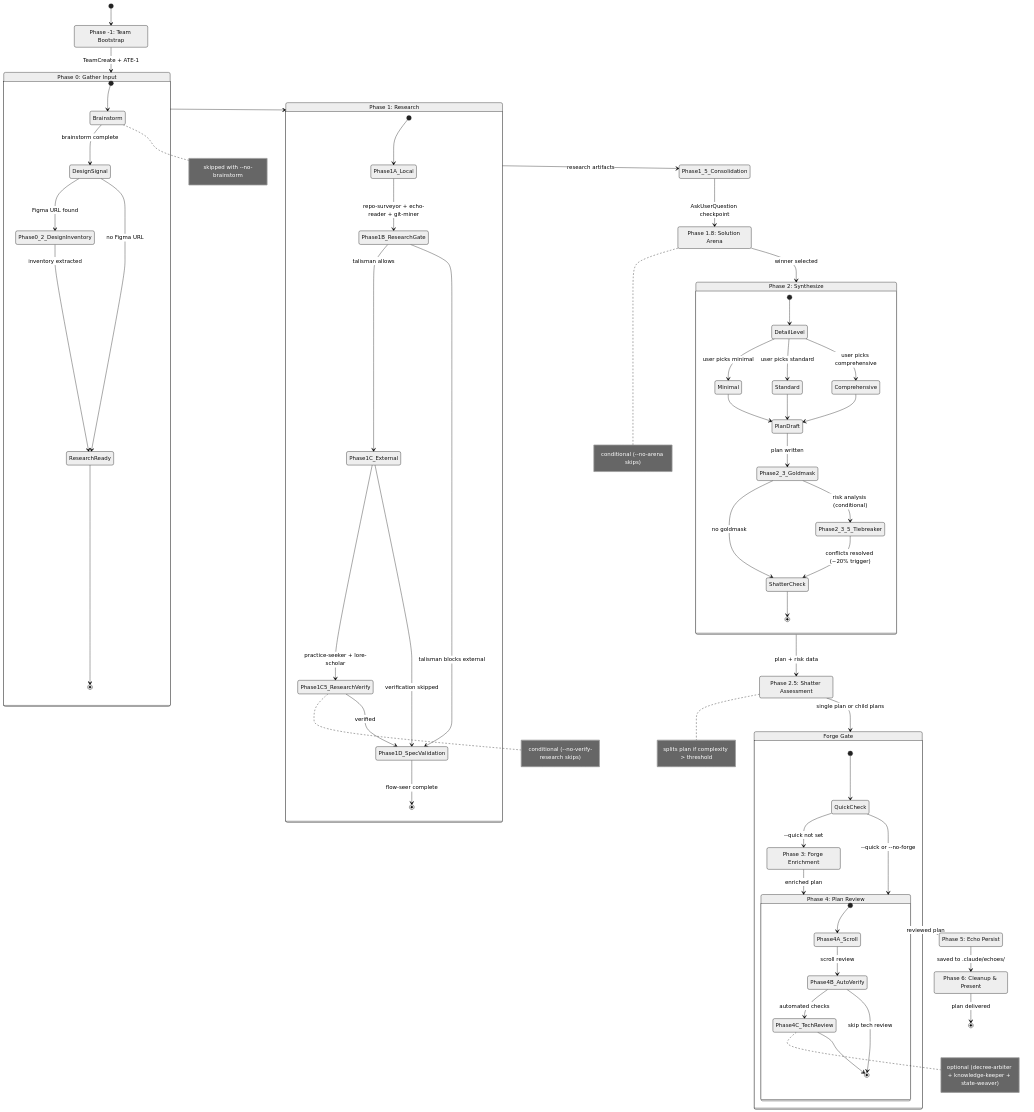
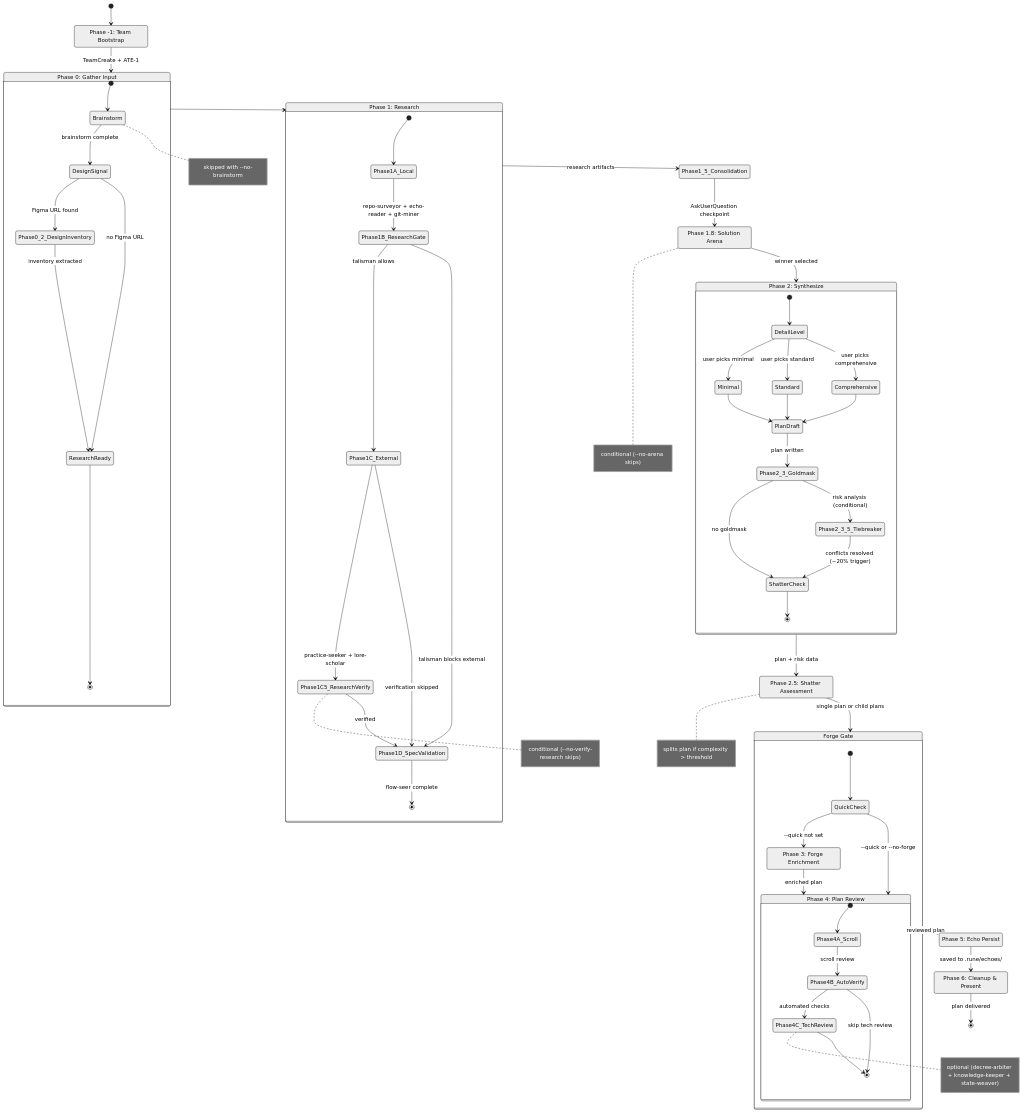
The fifth of 15 diagrams in docs/state-machine.md (vinhnxv/rune), drawn with Mermaid (neutral theme) before and after one commit. The commit also changed 223 other files, not shown here.

First line of the commit message:
refactor: migrate Rune state from .claude/ to .rune/ (#1.181.0)

```diff
--- a/docs/state-machine.md
+++ b/docs/state-machine.md
@@ -314,7 +314,7 @@
     Phase4_Review --> Phase5_EchoPersist : reviewed plan
 
     state "Phase 5: Echo Persist" as Phase5_EchoPersist
-    Phase5_EchoPersist --> Phase6_Cleanup : saved to .claude/echoes/
+    Phase5_EchoPersist --> Phase6_Cleanup : saved to .rune/echoes/
 
     state "Phase 6: Cleanup & Present" as Phase6_Cleanup
     Phase6_Cleanup --> [*] : plan delivered
```
